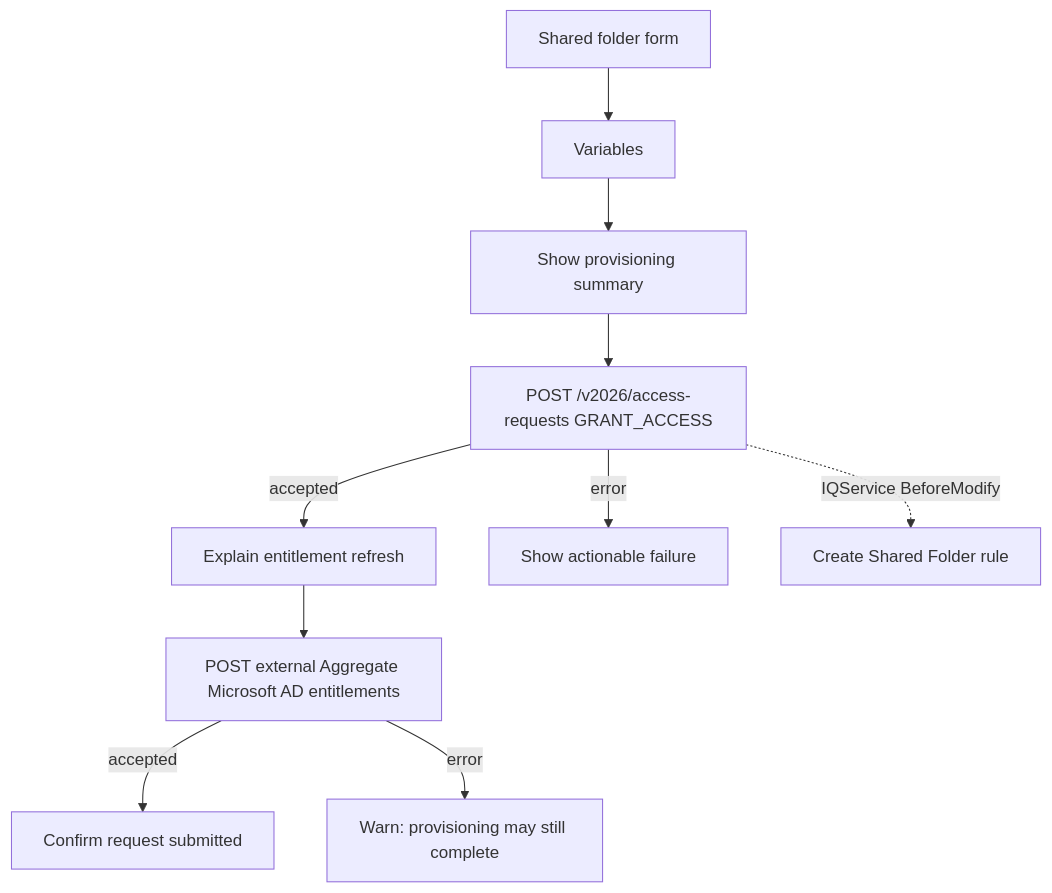
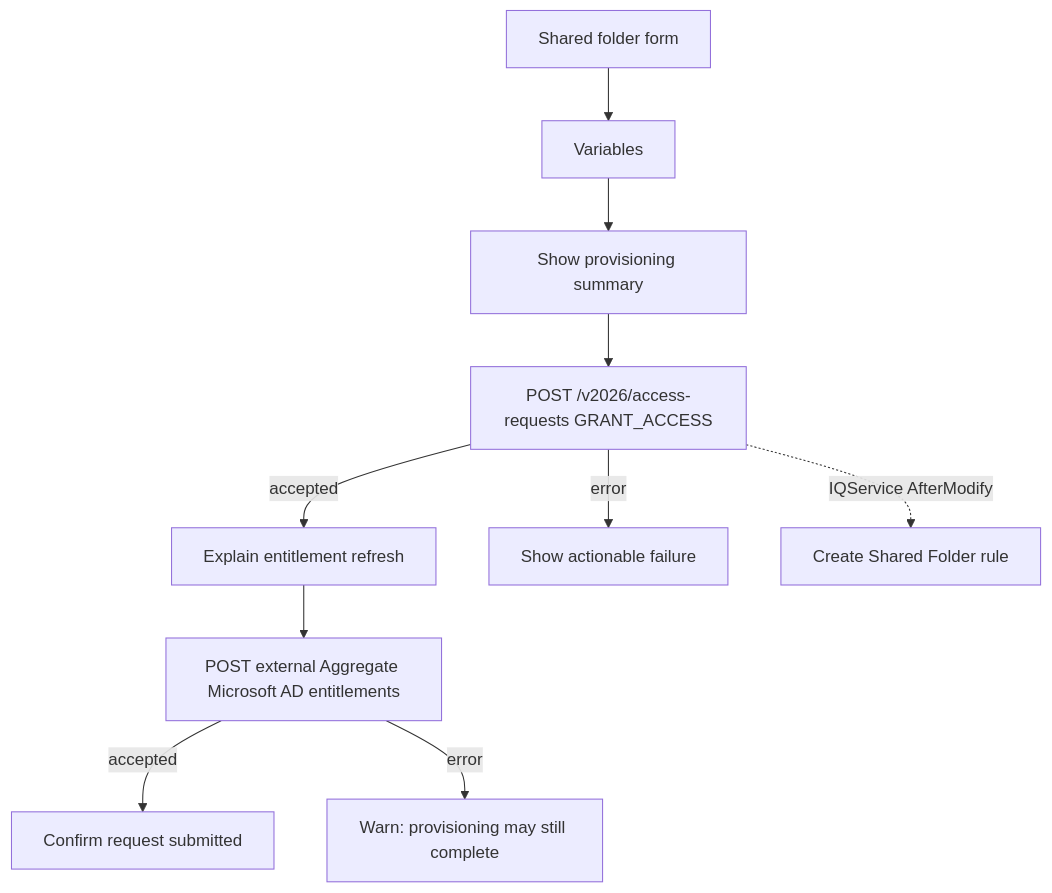
Before and after one commit to fernando-delosrios-sp/sailpoint-utils: the second of 2 diagrams in ISC/Active Directory Privileged Tasks/README.md, drawn with Mermaid. The commit also changed other lines of this file and 29 other files, not shown here.

````diff
--- a/ISC/Active Directory Privileged Tasks/README.md
+++ b/ISC/Active Directory Privileged Tasks/README.md
@@ -85,12 +85,12 @@
 ```mermaid
 flowchart TD
   form[Shared folder form] --> vars[Variables]
   vars --> submitting[Show provisioning summary]
   submitting --> req[POST /v2026/access-requests GRANT_ACCESS]
   req -->|accepted| scheduling[Explain entitlement refresh]
   req -->|error| requestFail[Show actionable failure]
   scheduling --> agg[POST external Aggregate Microsoft AD entitlements]
   agg -->|accepted| done[Confirm request submitted]
   agg -->|error| refreshFail[Warn: provisioning may still complete]
-  req -.->|IQService BeforeModify| rule["Create Shared Folder rule"]
+  req -.->|IQService AfterModify| rule["Create Shared Folder rule"]
 ```
````
